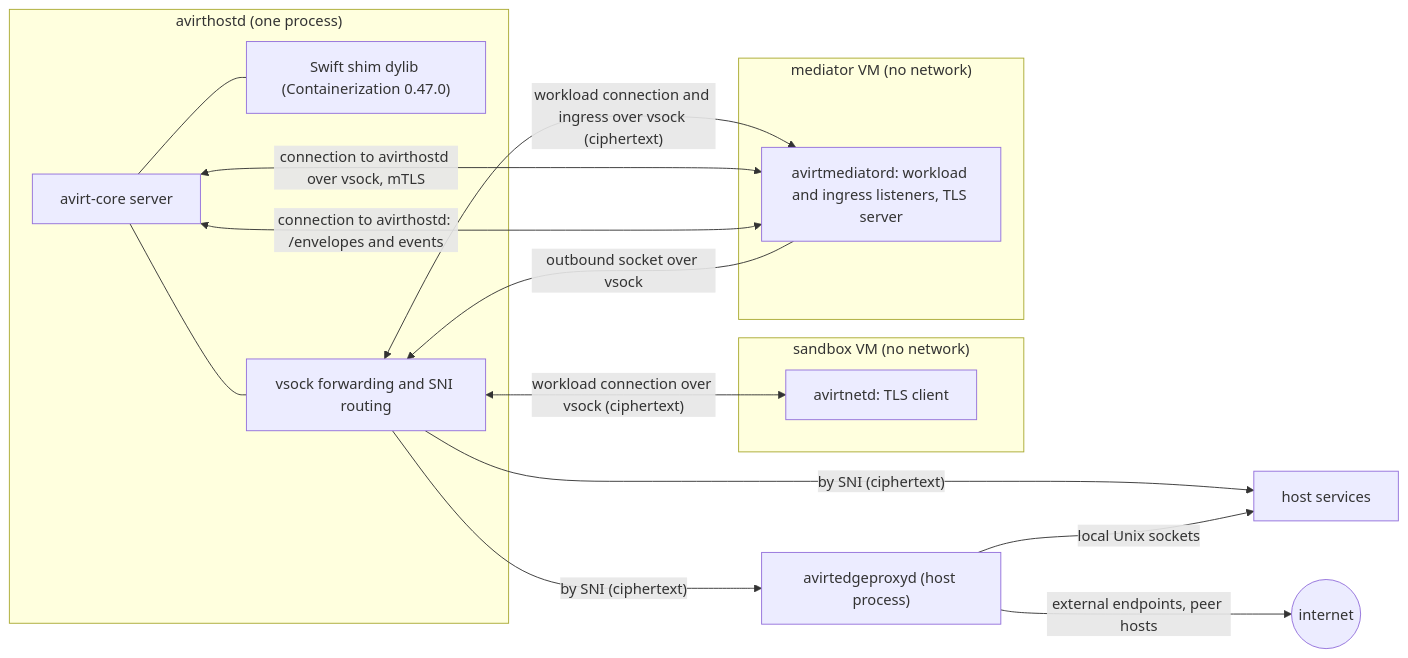
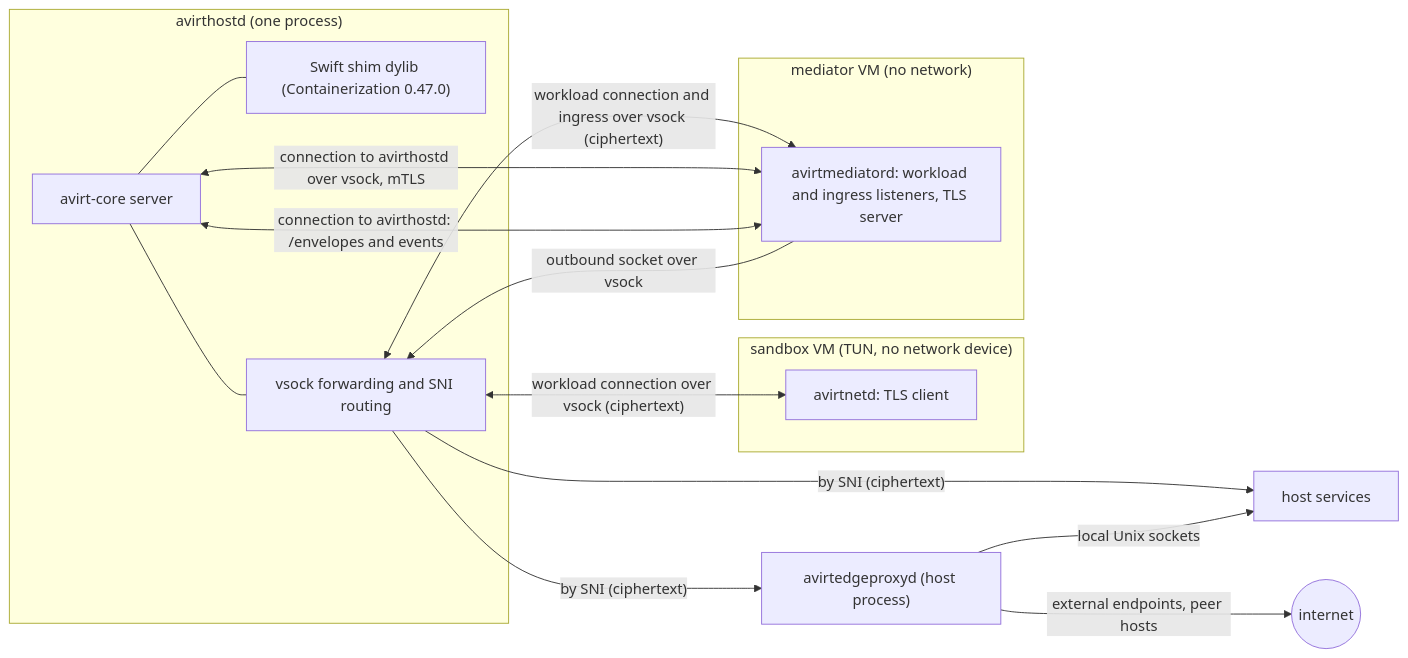
Before and after one commit to tbhb-dev/avirt: the first of 2 diagrams in docs/compute-runtimes.md, drawn with Mermaid. The commit also changed other lines of this file and 33 other files, not shown here.

````diff
--- a/docs/compute-runtimes.md
+++ b/docs/compute-runtimes.md
@@ -115,27 +117,27 @@
 ```mermaid
 flowchart LR
     subgraph hostd["avirthostd (one process)"]
         core["avirt-core server"]
         shim["Swift shim dylib (Containerization 0.47.0)"]
         fwd["vsock forwarding and SNI routing"]
         core --- shim
         core --- fwd
     end
-    subgraph wvm["sandbox VM (no network)"]
+    subgraph wvm["sandbox VM (TUN, no network device)"]
         net["avirtnetd: TLS client"]
     end
     subgraph svm["mediator VM (no network)"]
         me["avirtmediatord: workload and ingress listeners, TLS server"]
     end
     hs["host services"]
     fd["avirtedgeproxyd (host process)"]
     fwd <-->|"workload connection over vsock (ciphertext)"| net
     fwd <-->|"workload connection and ingress over vsock (ciphertext)"| me
     core <-->|"connection to avirthostd over vsock, mTLS"| me
     core <-->|"connection to avirthostd: /envelopes and events"| me
     me -->|"outbound socket over vsock"| fwd
     fwd -->|"by SNI (ciphertext)"| hs
     fwd -->|"by SNI (ciphertext)"| fd
     fd -->|"local Unix sockets"| hs
     fd -->|"external endpoints, peer hosts"| net2(("internet"))
 ```
````
